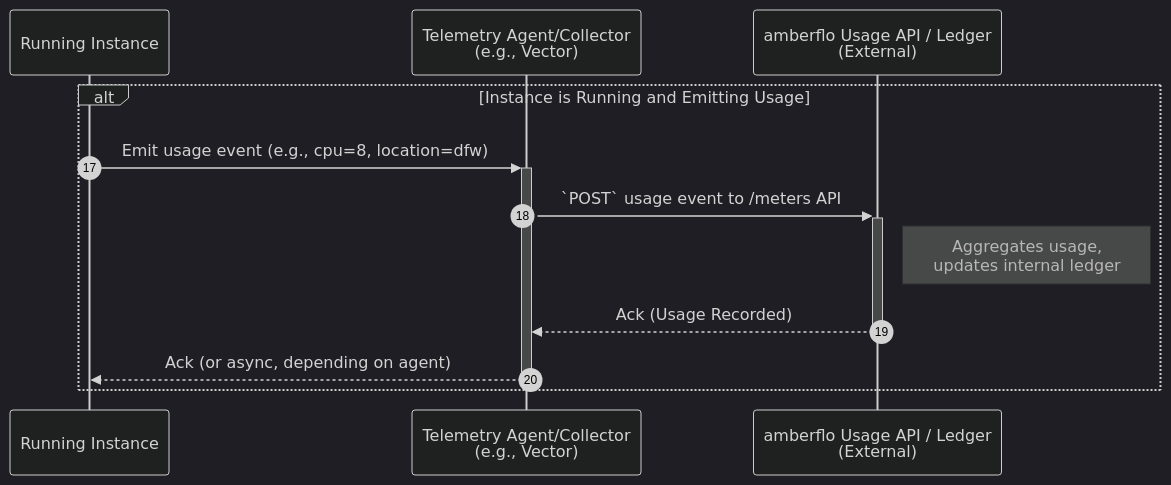
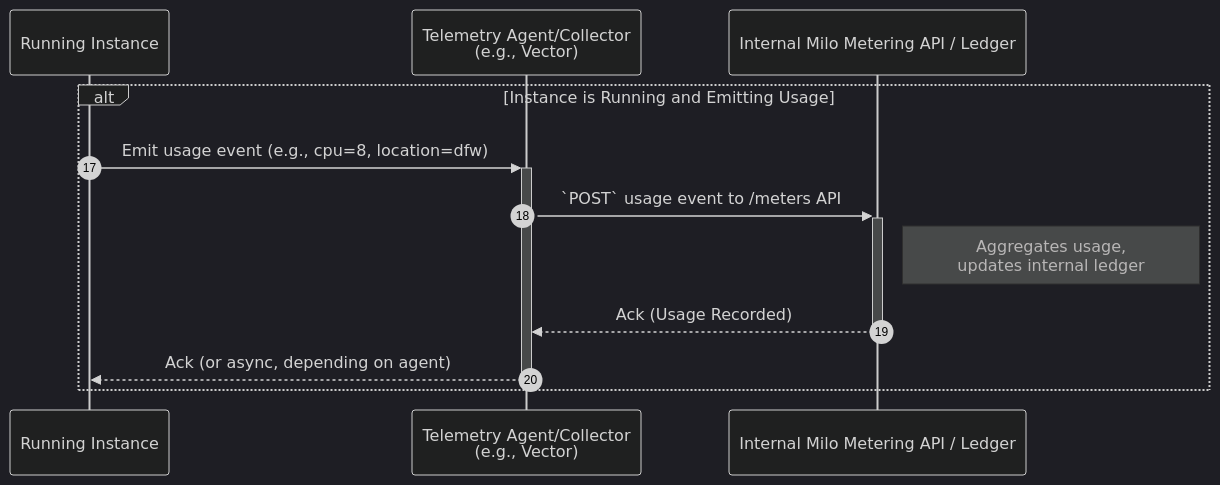
Before and after one commit to datum-cloud/enhancements: the eighth of 9 diagrams in enhancements/platform/quota-management/README.md, drawn with Mermaid (dark theme). The commit also changed other lines of this file, not shown here.

Commit message:
enh(quota): replaces amberflo with internal svc

````diff
--- a/enhancements/platform/quota-management/README.md
+++ b/enhancements/platform/quota-management/README.md
@@ -1707,17 +1716,17 @@
 ```mermaid
 %% Sequence Diagram - Telemetry & Metering Flow (Post-Provisioning if Granted)
 sequenceDiagram
     autonumber 17
 
     participant RunningInstancePCP as Running Instance
     participant TelemetryAgentPCP as Telemetry Agent/Collector <br> (e.g., Vector)
-    participant AmberfloAPI as amberflo Usage API / Ledger <br> (External)
+    participant InternalMeteringAPI as Internal Milo Metering API / Ledger
 
     alt Instance is Running and Emitting Usage
         RunningInstancePCP->>+TelemetryAgentPCP: Emit usage event (e.g., cpu=8, location=dfw)
-        TelemetryAgentPCP->>+AmberfloAPI: `POST` usage event to /meters API
-        note right of AmberfloAPI: Aggregates usage, <br> updates internal ledger
-        AmberfloAPI-->>-TelemetryAgentPCP: Ack (Usage Recorded)
+        TelemetryAgentPCP->>+InternalMeteringAPI: `POST` usage event to /meters API
+        note right of InternalMeteringAPI: Aggregates usage, <br> updates internal ledger
+        InternalMeteringAPI-->>-TelemetryAgentPCP: Ack (Usage Recorded)
         TelemetryAgentPCP-->>-RunningInstancePCP: Ack (or async, depending on agent)
     end
 ```
````
